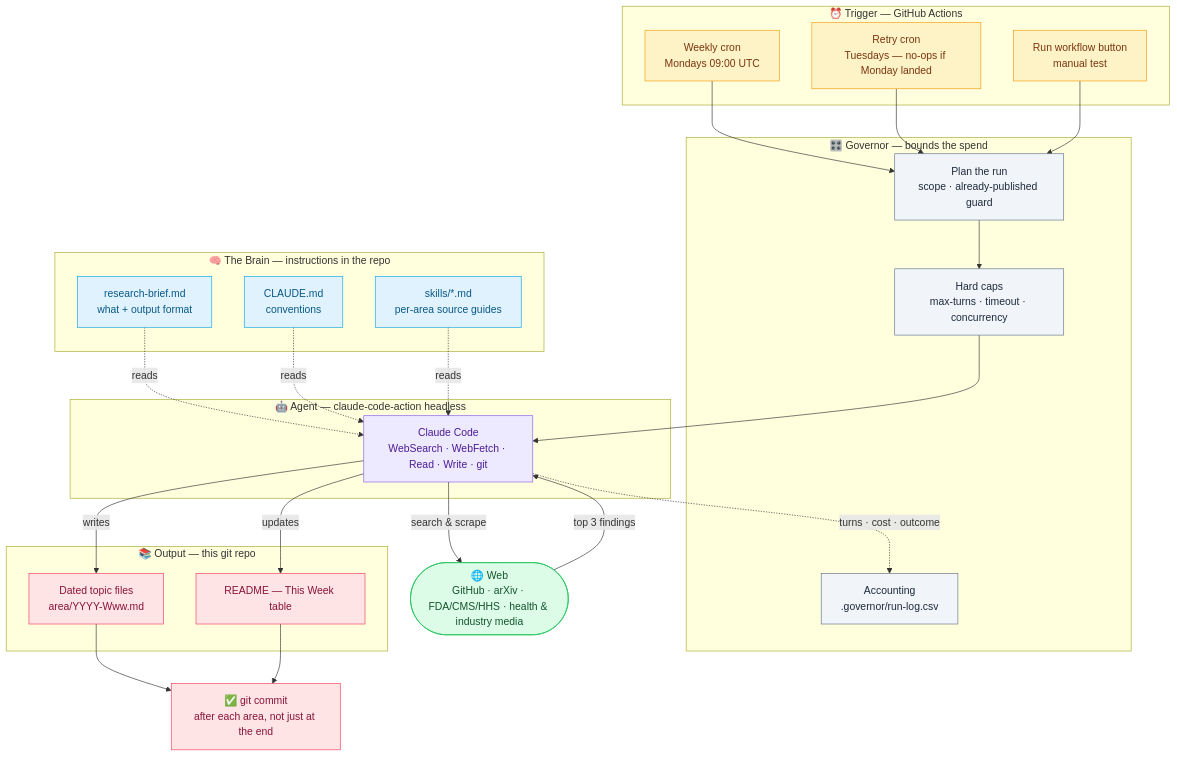
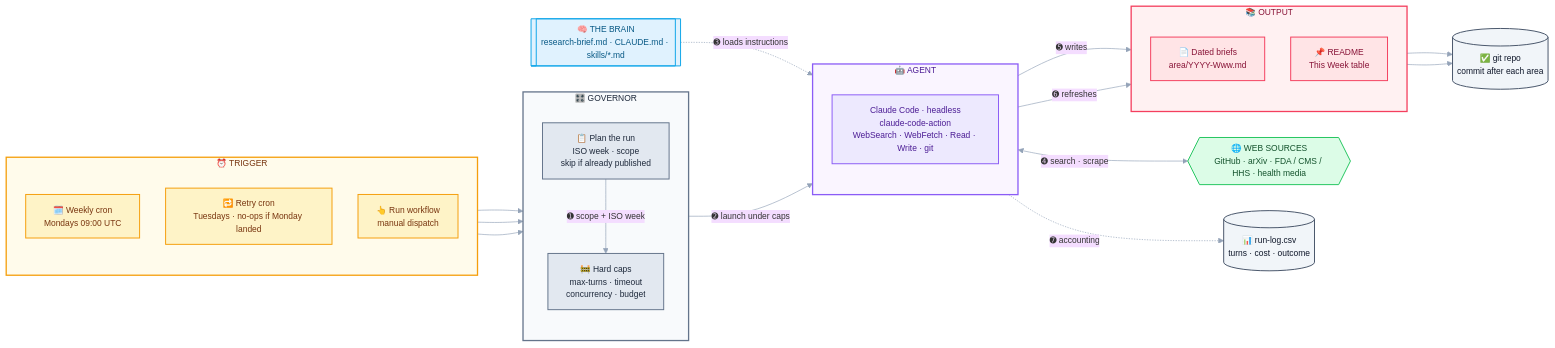
Before and after one commit to mnaye/mai_pkb: the diagram in README.md, drawn with Mermaid. The commit also changed other lines of this file and 1 other file, not shown here.

Commit message:
updates diagram to be like bytebytego

````diff
--- a/README.md
+++ b/README.md
@@ -76,61 +81,66 @@
 ```mermaid
-flowchart TD
-    subgraph TRIGGER["⏰ Trigger — GitHub Actions"]
-        CRON["Weekly cron<br/>Mondays 09:00 UTC"]
-        RETRY["Retry cron<br/>Tuesdays — no-ops if Monday landed"]
-        MANUAL["Run workflow button<br/>manual test"]
+%%{init: {'theme':'base','themeVariables':{'fontFamily':'ui-sans-serif, system-ui, -apple-system, sans-serif','fontSize':'13px','lineColor':'#94a3b8'},'flowchart':{'curve':'basis','nodeSpacing':40,'rankSpacing':70,'padding':14}}}%%
+flowchart LR
+    subgraph S1[" ⏰ TRIGGER "]
+        direction TB
+        CRON["🗓️ Weekly cron<br/>Mondays 09:00 UTC"]
+        RETRY["🔁 Retry cron<br/>Tuesdays · no-ops if Monday landed"]
+        MANUAL["👆 Run workflow<br/>manual dispatch"]
     end
 
-    subgraph GOV["🎛️ Governor — bounds the spend"]
-        PLAN["Plan the run<br/>scope · already-published guard"]
-        CAPS["Hard caps<br/>max-turns · timeout · concurrency"]
-        LOG["Accounting<br/>.governor/run-log.csv"]
+    subgraph S2[" 🎛️ GOVERNOR "]
+        direction TB
+        PLAN["📋 Plan the run<br/>ISO week · scope<br/>skip if already published"]
+        CAPS["🚧 Hard caps<br/>max-turns · timeout<br/>concurrency · budget"]
     end
 
-    subgraph AGENT["🤖 Agent — claude-code-action headless"]
-        CLAUDE["Claude Code<br/>WebSearch · WebFetch · Read · Write · git"]
+    subgraph S3[" 🤖 AGENT "]
+        direction TB
+        CLAUDE["Claude Code · headless<br/>claude-code-action<br/>WebSearch · WebFetch · Read · Write · git"]
     end
 
-    subgraph BRAIN["🧠 The Brain — instructions in the repo"]
-        BRIEF["research-brief.md<br/>what + output format"]
-        CONV["CLAUDE.md<br/>conventions"]
-        SKILLS["skills/*.md<br/>per-area source guides"]
+    subgraph S4[" 📚 OUTPUT "]
+        direction TB
+        FILES["📄 Dated briefs<br/>area/YYYY-Www.md"]
+        RDME["📌 README<br/>This Week table"]
     end
 
-    WEB(["🌐 Web<br/>GitHub · arXiv · FDA/CMS/HHS · health &amp; industry media"])
+    BRAIN[["🧠 THE BRAIN<br/>research-brief.md · CLAUDE.md · skills/*.md"]]
+    WEB{{"🌐 WEB SOURCES<br/>GitHub · arXiv · FDA / CMS / HHS · health media"}}
+    REPO[("✅ git repo<br/>commit after each area")]
+    LOG[("📊 run-log.csv<br/>turns · cost · outcome")]
 
-    subgraph OUTPUT["📚 Output — this git repo"]
-        FILES["Dated topic files<br/>area/YYYY-Www.md"]
-        README["README — This Week table"]
-    end
+    CRON   --> PLAN
+    RETRY  --> PLAN
+    MANUAL --> PLAN
+    PLAN   -->|"➊ scope + ISO week"| CAPS
+    CAPS   -->|"➋ launch under caps"| CLAUDE
+    BRAIN  -.->|"➌ loads instructions"| CLAUDE
+    CLAUDE <-->|"➍ search · scrape"| WEB
+    CLAUDE -->|"➎ writes"| FILES
+    CLAUDE -->|"➏ refreshes"| RDME
+    FILES  --> REPO
+    RDME   --> REPO
+    CLAUDE -.->|"➐ accounting"| LOG
 
-    CRON --> PLAN
-    RETRY --> PLAN
-    MANUAL --> PLAN
-    PLAN --> CAPS
-    CAPS --> CLAUDE
-    BRIEF -.reads.-> CLAUDE
-    CONV -.reads.-> CLAUDE
-    SKILLS -.reads.-> CLAUDE
-    CLAUDE -->|"search &amp; scrape"| WEB
-    WEB -->|"top 3 findings"| CLAUDE
-    CLAUDE -->|"writes"| FILES
-    CLAUDE -->|"updates"| README
-    FILES --> COMMIT["✅ git commit<br/>after each area, not just at the end"]
-    README --> COMMIT
-    CLAUDE -.turns · cost · outcome.-> LOG
-
-    classDef trig fill:#fef3c7,stroke:#f59e0b,stroke-width:1px,color:#78350f;
-    classDef agent fill:#ede9fe,stroke:#8b5cf6,stroke-width:1px,color:#4c1d95;
-    classDef brain fill:#e0f2fe,stroke:#0ea5e9,stroke-width:1px,color:#075985;
-    classDef web fill:#dcfce7,stroke:#22c55e,stroke-width:1px,color:#14532d;
-    classDef out fill:#ffe4e6,stroke:#f43f5e,stroke-width:1px,color:#881337;
-    classDef gov fill:#f1f5f9,stroke:#64748b,stroke-width:1px,color:#1e293b;
+    classDef trig  fill:#fef3c7,stroke:#f59e0b,stroke-width:1.5px,color:#78350f;
+    classDef gov   fill:#e2e8f0,stroke:#64748b,stroke-width:1.5px,color:#1e293b;
+    classDef agent fill:#ede9fe,stroke:#8b5cf6,stroke-width:1.5px,color:#4c1d95;
+    classDef brain fill:#e0f2fe,stroke:#0ea5e9,stroke-width:1.5px,color:#075985;
+    classDef web   fill:#dcfce7,stroke:#22c55e,stroke-width:1.5px,color:#14532d;
+    classDef out   fill:#ffe4e6,stroke:#f43f5e,stroke-width:1.5px,color:#881337;
+    classDef store fill:#f1f5f9,stroke:#475569,stroke-width:1.5px,color:#0f172a;
 
     class CRON,RETRY,MANUAL trig;
-    class PLAN,CAPS,LOG gov;
+    class PLAN,CAPS gov;
     class CLAUDE agent;
-    class BRIEF,CONV,SKILLS brain;
+    class BRAIN brain;
     class WEB web;
-    class FILES,README,COMMIT out;
+    class FILES,RDME out;
+    class REPO,LOG store;
+
+    style S1 fill:#fffbeb,stroke:#f59e0b,stroke-width:2px,color:#78350f;
+    style S2 fill:#f8fafc,stroke:#64748b,stroke-width:2px,color:#1e293b;
+    style S3 fill:#faf5ff,stroke:#8b5cf6,stroke-width:2px,color:#4c1d95;
+    style S4 fill:#fff1f2,stroke:#f43f5e,stroke-width:2px,color:#881337;
 ```
````
